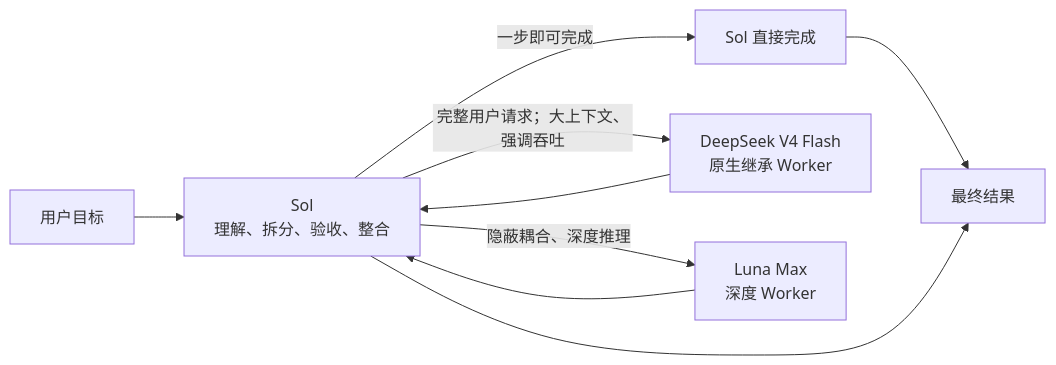
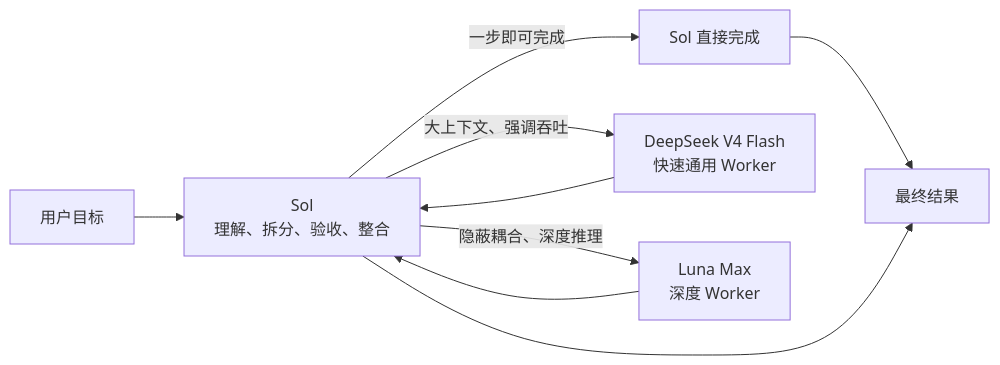
The diagram in README.md (liuyejinghong/sol-worker-routing-codex), drawn with Mermaid before and after one commit. The commit also changed other lines of this file and 1 other file, not shown here.

````diff
--- a/README.md
+++ b/README.md
@@ -49,11 +49,11 @@
 ```mermaid
 flowchart LR
     U["用户目标"] --> S["Sol<br/>理解、拆分、验收、整合"]
     S -->|"一步即可完成"| D["Sol 直接完成"]
-    S -->|"完整用户请求；大上下文、强调吞吐"| DS["DeepSeek V4 Flash<br/>原生继承 Worker"]
+    S -->|"大上下文、强调吞吐"| DS["DeepSeek V4 Flash<br/>快速通用 Worker"]
     S -->|"隐蔽耦合、深度推理"| L["Luna Max<br/>深度 Worker"]
     D --> O["最终结果"]
     DS --> S
     L --> S
     S --> O
 ```
````
